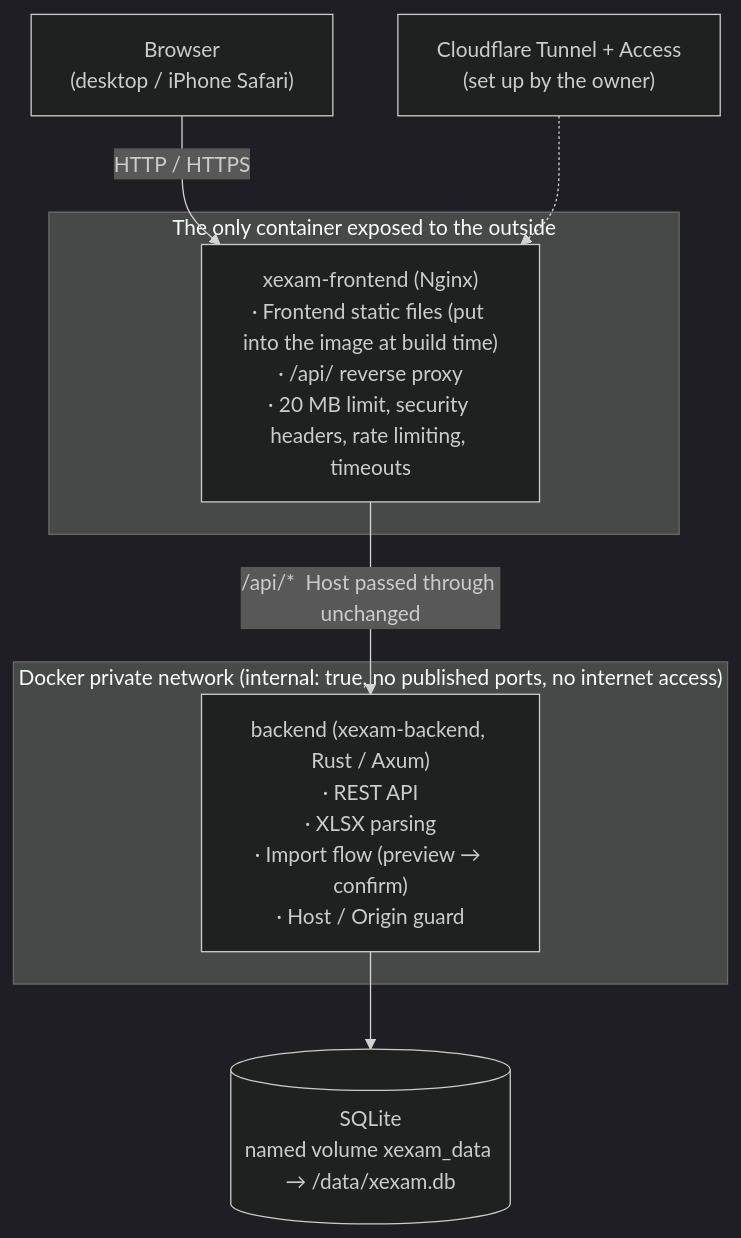
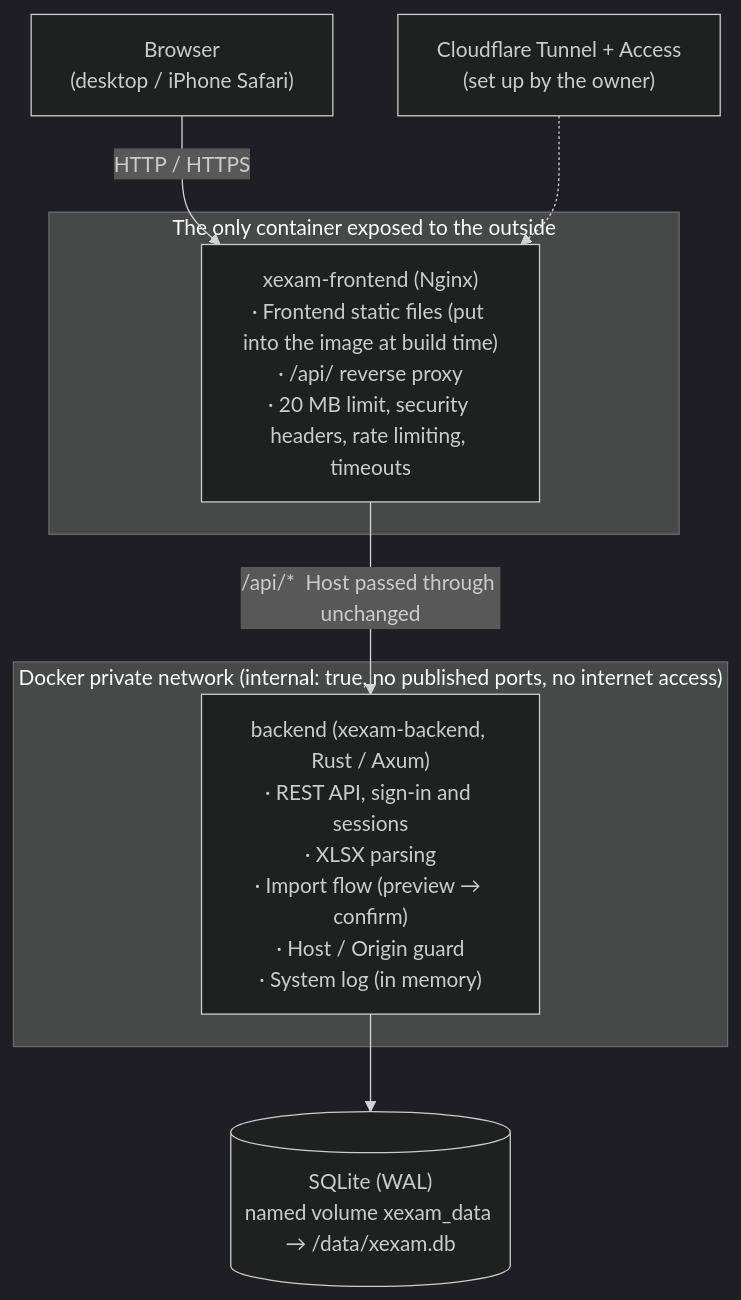
The first of 5 diagrams in docs/en/architecture.md (Yumin-Space/xexam), drawn with Mermaid (dark theme) before and after one commit. The commit also changed other lines of this file and 295 other files, not shown here.

````diff
--- a/docs/en/architecture.md
+++ b/docs/en/architecture.md
@@ -10,13 +10,13 @@
 ```mermaid
 flowchart TB
     U["Browser<br/>(desktop / iPhone Safari)"] -->|"HTTP / HTTPS"| N
     subgraph pub["The only container exposed to the outside"]
         N["xexam-frontend (Nginx)<br/>· Frontend static files (put into the image at build time)<br/>· /api/ reverse proxy<br/>· 20 MB limit, security headers, rate limiting, timeouts"]
     end
     subgraph priv["Docker private network (internal: true, no published ports, no internet access)"]
-        B["backend (xexam-backend, Rust / Axum)<br/>· REST API<br/>· XLSX parsing<br/>· Import flow (preview → confirm)<br/>· Host / Origin guard"]
+        B["backend (xexam-backend, Rust / Axum)<br/>· REST API, sign-in and sessions<br/>· XLSX parsing<br/>· Import flow (preview → confirm)<br/>· Host / Origin guard<br/>· System log (in memory)"]
     end
     N -->|"/api/*  Host passed through unchanged"| B
-    B --> D[("SQLite<br/>named volume xexam_data → /data/xexam.db")]
+    B --> D[("SQLite (WAL)<br/>named volume xexam_data → /data/xexam.db")]
     CF["Cloudflare Tunnel + Access<br/>(set up by the owner)"] -.-> N
 ```
````
